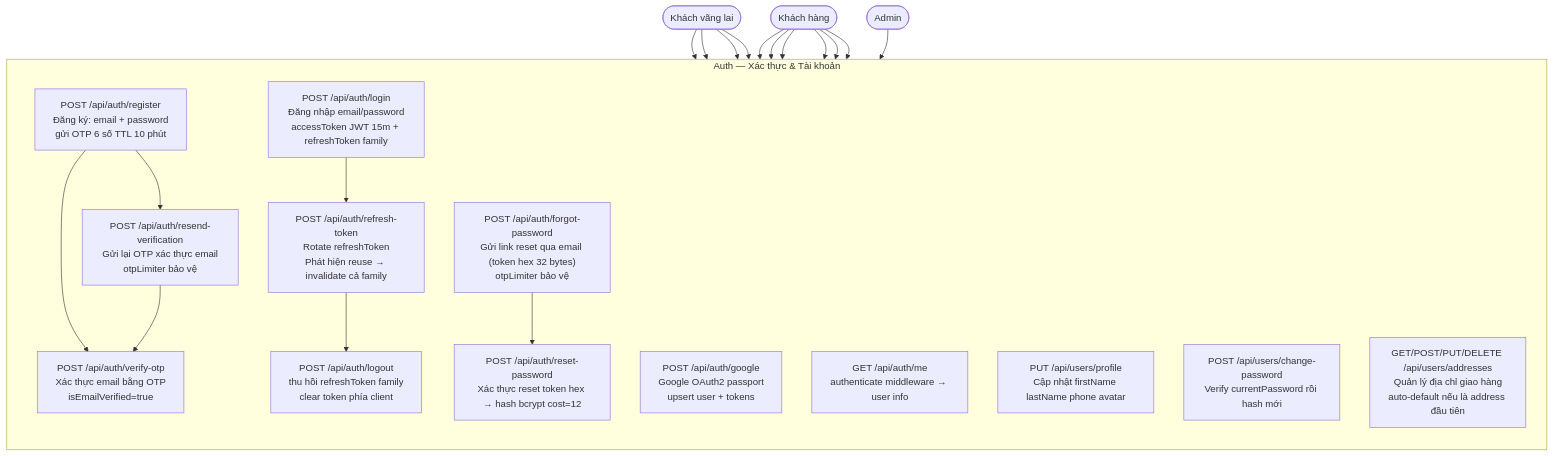
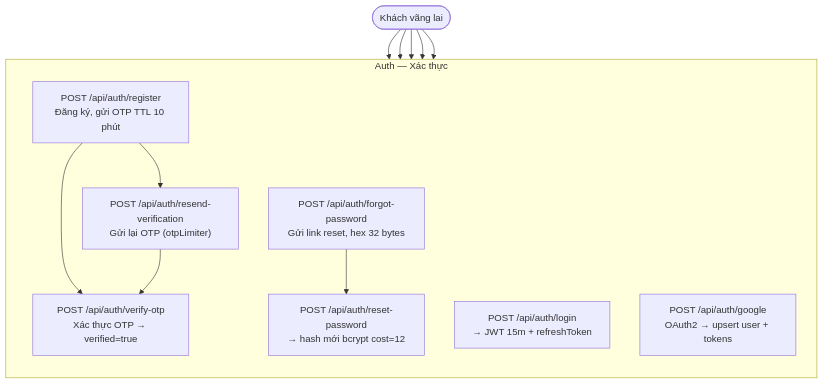
The fourth of 47 diagrams in DIAGRAMS.md (MinhThang1009/E-commerce-website), drawn with Mermaid before and after one commit. The commit also changed other lines of this file and 67 other files, not shown here.

First line of the commit message:
chore(cleanup): xóa role manager và cập nhật tài liệu dự án

````diff
--- a/DIAGRAMS.md
+++ b/DIAGRAMS.md
@@ -101,41 +138,25 @@
 ```mermaid
 flowchart TB
     Guest(["Khách vãng lai"])
-    Customer(["Khách hàng"])
-    Admin(["Admin"])
 
-    subgraph AUTH["Auth — Xác thực & Tài khoản"]
+    subgraph AUTH["Auth — Xác thực"]
         direction TB
-        A1["POST /api/auth/register\nĐăng ký: email + password\ngửi OTP 6 số TTL 10 phút"]
-        A2["POST /api/auth/verify-otp\nXác thực email bằng OTP\nisEmailVerified=true"]
-        A3["POST /api/auth/login\nĐăng nhập email/password\naccessToken JWT 15m + refreshToken family"]
-        A4["POST /api/auth/google\nGoogle OAuth2 passport\nupsert user + tokens"]
-        A5["POST /api/auth/refresh-token\nRotate refreshToken\nPhát hiện reuse → invalidate cả family"]
-        A6["POST /api/auth/logout\nthu hồi refreshToken family\nclear token phía client"]
-        A7["POST /api/auth/forgot-password\nGửi link reset qua email (token hex 32 bytes)\notpLimiter bảo vệ"]
-        A8["POST /api/auth/reset-password\nXác thực reset token hex → hash bcrypt cost=12"]
-        A9["GET /api/auth/me\nauthenticate middleware → user info"]
-        A10["PUT /api/users/profile\nCập nhật firstName lastName phone avatar"]
-        A11["POST /api/users/change-password\nVerify currentPassword rồi hash mới"]
-        A12["GET/POST/PUT/DELETE /api/users/addresses\nQuản lý địa chỉ giao hàng\nauto-default nếu là address đầu tiên"]
-        A13["POST /api/auth/resend-verification\nGửi lại OTP xác thực email\notpLimiter bảo vệ"]
+        A1["POST /api/auth/register<br/>Đăng ký, gửi OTP TTL 10 phút"]
+        A2["POST /api/auth/verify-otp<br/>Xác thực OTP → verified=true"]
+        A3["POST /api/auth/resend-verification<br/>Gửi lại OTP (otpLimiter)"]
+        A4["POST /api/auth/login<br/>→ JWT 15m + refreshToken"]
+        A5["POST /api/auth/google<br/>OAuth2 → upsert user + tokens"]
+        A6["POST /api/auth/forgot-password<br/>Gửi link reset, hex 32 bytes"]
+        A7["POST /api/auth/reset-password<br/>→ hash mới bcrypt cost=12"]
         A1 --> A2
-        A1 --> A13
-        A13 --> A2
-        A3 --> A5
-        A5 --> A6
-        A7 --> A8
+        A1 --> A3
+        A3 --> A2
+        A6 --> A7
     end
 
     Guest --> A1
     Guest --> A3
     Guest --> A4
-    Guest --> A13
-    Customer --> A6
-    Customer --> A7
-    Customer --> A9
-    Customer --> A10
-    Customer --> A11
-    Customer --> A12
-    Admin --> A9
+    Guest --> A5
+    Guest --> A6
 ```
````
